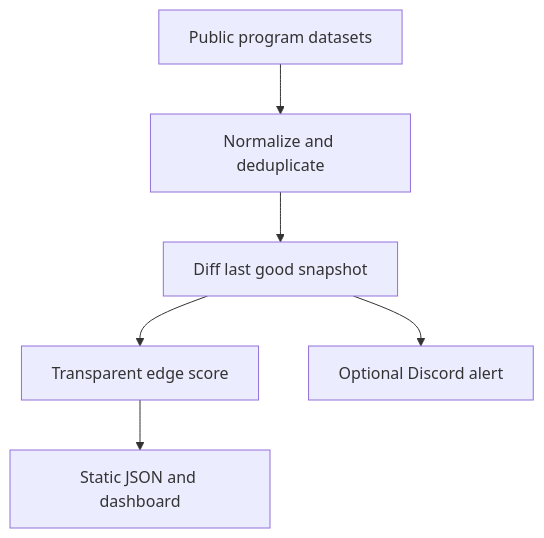
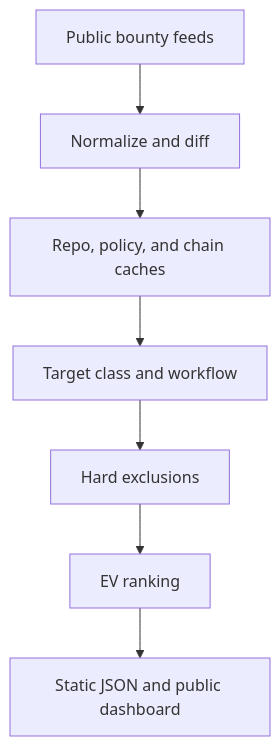
Before and after one commit to Vector3on/ScoutIq: the diagram in README.md, drawn with Mermaid. The commit also changed other lines of this file and 19 other files, not shown here.

````diff
--- a/README.md
+++ b/README.md
@@ -21,8 +23,9 @@
 ```mermaid
 flowchart TD
-  A[Public program datasets] --> B[Normalize and deduplicate]
-  B --> C[Diff last good snapshot]
-  C --> D[Transparent edge score]
-  D --> E[Static JSON and dashboard]
-  C --> F[Optional Discord alert]
+  A[Public bounty feeds] --> B[Normalize and diff]
+  B --> C[Repo, policy, and chain caches]
+  C --> D[Target class and workflow]
+  D --> E[Hard exclusions]
+  E --> F[EV ranking]
+  F --> G[Static JSON and public dashboard]
 ```
````
